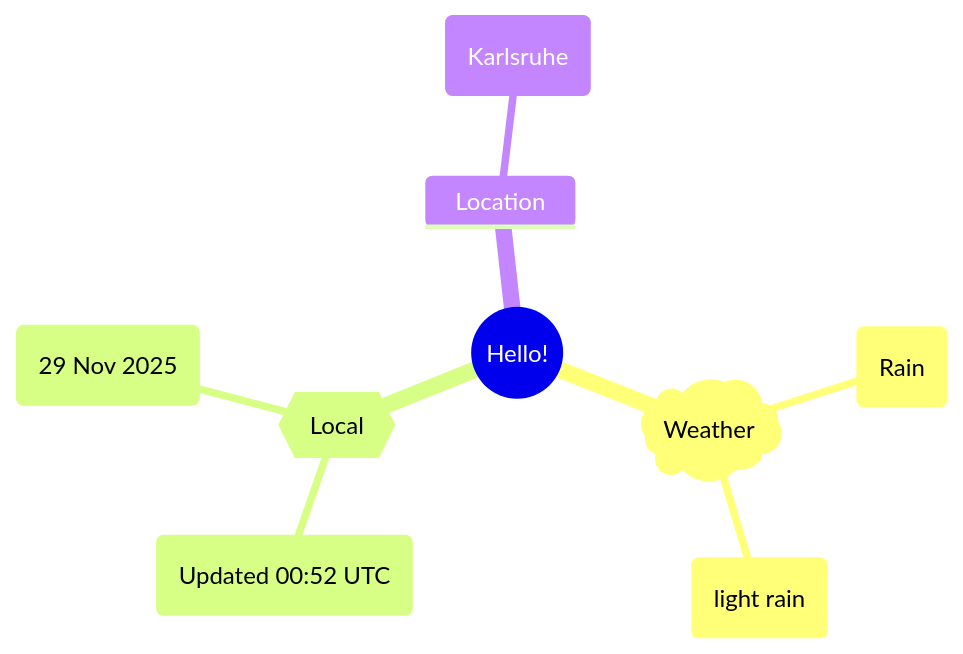
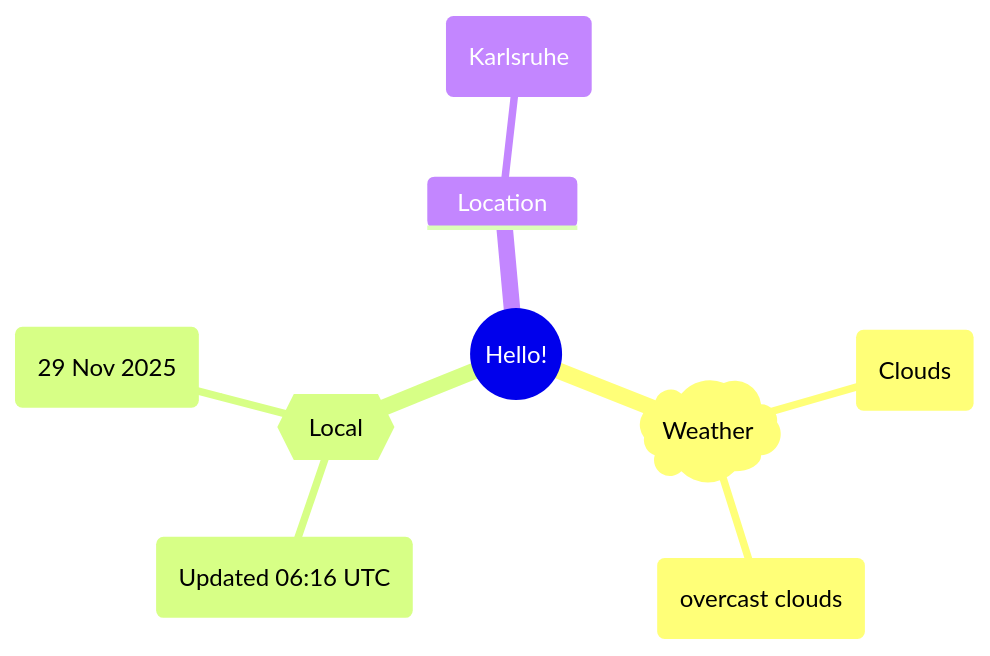
One commit to Xosrov/Xosrov changed the first of 2 diagrams in README.md. Above: the diagram before and after it, drawn with Mermaid.

Commit message:
[bot] updated images

````diff
--- a/README.md
+++ b/README.md
@@ -3,12 +3,12 @@
 ```mermaid
 mindmap
   root((Hello!))
     )Weather(
-        (Rain)
-        (light rain)
+        (Clouds)
+        (overcast clouds)
     {{Local}}
-        (Updated 00:52 UTC)
+        (Updated 06:16 UTC)
         (29 Nov 2025)
     Location
         (Karlsruhe)
 ```
````
